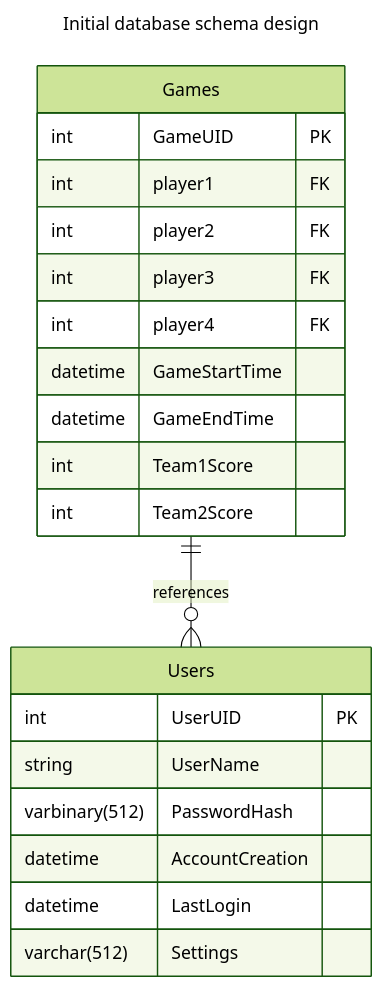
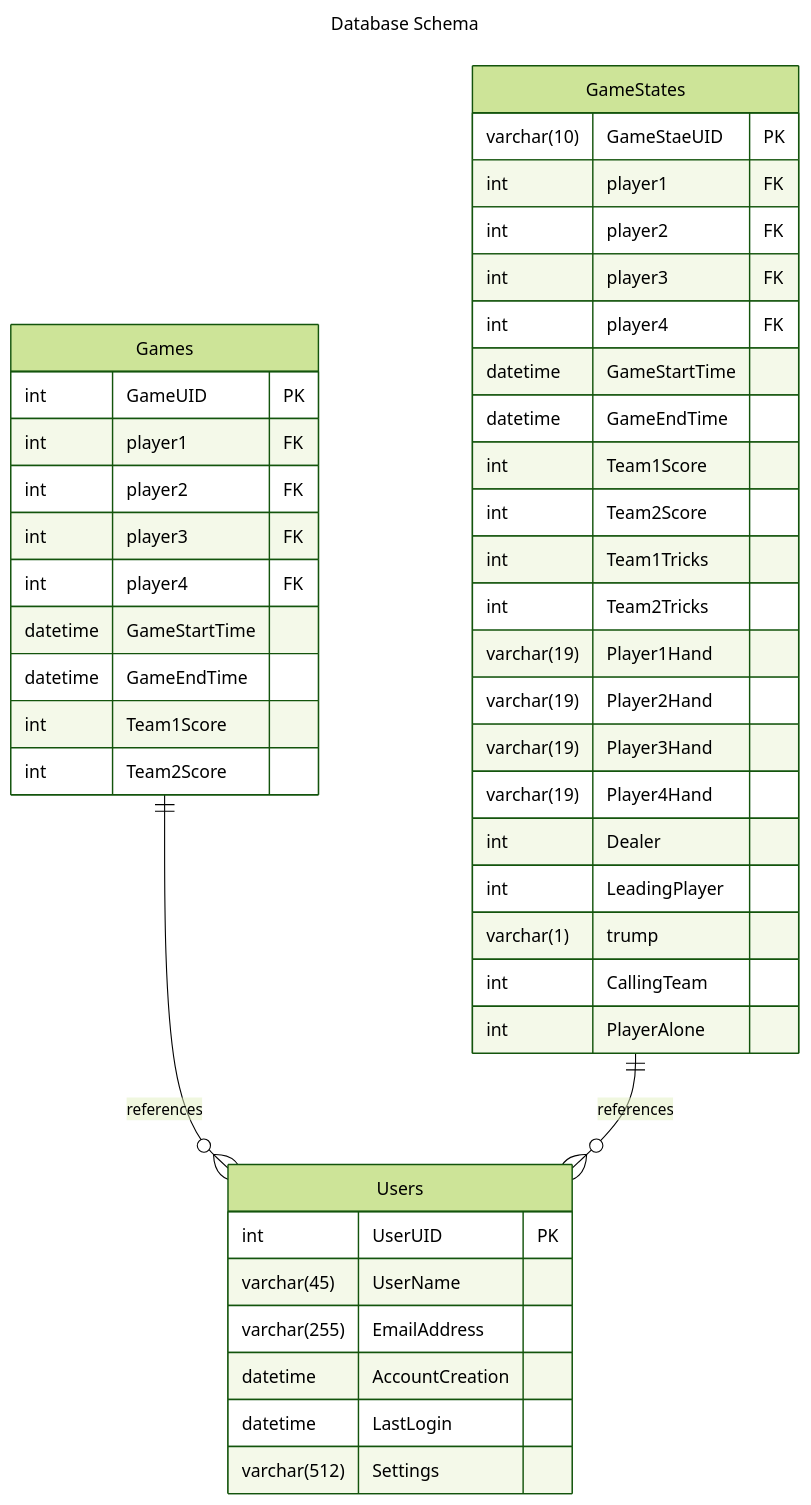
One commit to JaimeZepeda08/SixOfBadgers changed the second of 5 diagrams in README.md. Above: the diagram before and after it, drawn with Mermaid (forest theme). The commit also changed other lines of this file, not shown here.

````diff
--- a/README.md
+++ b/README.md
@@ -200,26 +200,49 @@
 ```mermaid
 ---
-title: Initial database schema design
+title: Database Schema
 ---
 erDiagram
 Games ||--o{ Users : "references"
+GameStates ||--o{ Users : "references"
 Users {
 int UserUID PK
-string UserName
-varbinary(512) PasswordHash
+varchar(45) UserName
+varchar(255) EmailAddress
 datetime AccountCreation
 datetime LastLogin
 varchar(512) Settings
 }
 Games {
 int GameUID PK
 int player1 FK
 int player2 FK
 int player3 FK
 int player4 FK
 datetime GameStartTime
 datetime GameEndTime
 int Team1Score
 int Team2Score
 }
+GameStates {
+varchar(10) GameStaeUID PK
+int player1 FK
+int player2 FK
+int player3 FK
+int player4 FK
+datetime GameStartTime
+datetime GameEndTime
+int Team1Score
+int Team2Score
+int Team1Tricks
+int Team2Tricks
+varchar(19) Player1Hand
+varchar(19) Player2Hand
+varchar(19) Player3Hand
+varchar(19) Player4Hand
+int Dealer
+int LeadingPlayer
+varchar(1) trump
+int CallingTeam
+int PlayerAlone
+}
 ```
````
